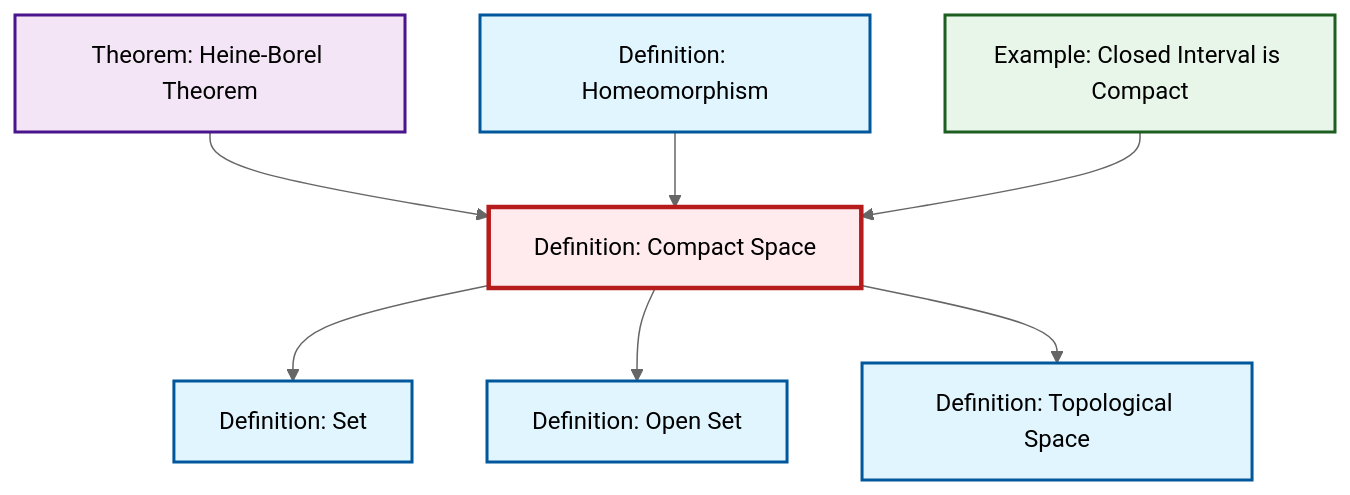
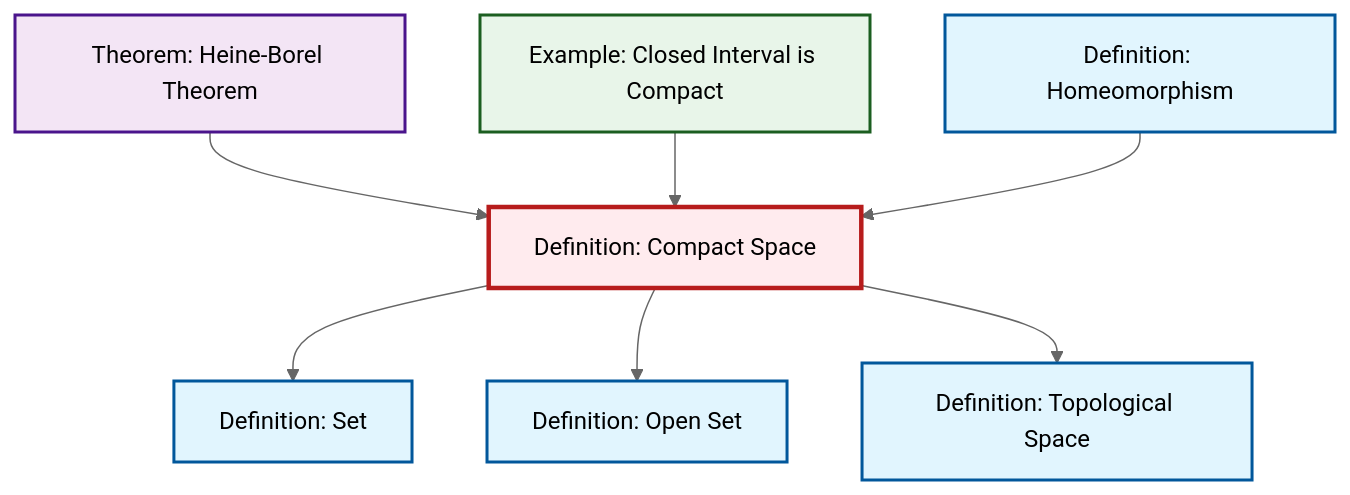
One commit to RK0429/ModernMath changed the diagram in content/ja/topology/def-compact.qmd. Above: the diagram before and after it, drawn with Mermaid (neutral theme). The commit also changed other lines of this file and 581 other files, not shown here.

````diff
--- a/content/ja/topology/def-compact.qmd
+++ b/content/ja/topology/def-compact.qmd
@@ -49,29 +49,29 @@
 ```{mermaid}
 %%| fig-cap: "Local dependency graph"
 graph TD
     classDef definition fill:#e1f5fe,stroke:#01579b,stroke-width:2px
     classDef theorem fill:#f3e5f5,stroke:#4a148c,stroke-width:2px
     classDef axiom fill:#fff3e0,stroke:#e65100,stroke-width:2px
     classDef example fill:#e8f5e9,stroke:#1b5e20,stroke-width:2px
     classDef current fill:#ffebee,stroke:#b71c1c,stroke-width:3px
+    def-compact["Definition: Compact Space"]:::definition
     thm-heine-borel["Theorem: Heine-Borel Theorem"]:::theorem
-    def-compact["Definition: Compact Space"]:::definition
     def-open-set["Definition: Open Set"]:::definition
+    ex-closed-interval-compact["Example: Closed Interval is Compact"]:::example
     def-topological-space["Definition: Topological Space"]:::definition
+    def-homeomorphism["Definition: Homeomorphism"]:::definition
     def-set["Definition: Set"]:::definition
-    def-homeomorphism["Definition: Homeomorphism"]:::definition
-    ex-closed-interval-compact["Example: Closed Interval is Compact"]:::example
+    thm-heine-borel --> def-compact
+    ex-closed-interval-compact --> def-compact
     def-compact --> def-set
     def-compact --> def-open-set
-    thm-heine-borel --> def-compact
     def-homeomorphism --> def-compact
     def-compact --> def-topological-space
-    ex-closed-interval-compact --> def-compact
     class def-compact current
     click thm-heine-borel "thm-heine-borel.html" "Theorem: Heine-Borel Theoremへ"
     click def-open-set "def-open-set.html" "Definition: Open Setへ"
+    click ex-closed-interval-compact "ex-closed-interval-compact.html" "Example: Closed Interval is Compactへ"
     click def-topological-space "def-topological-space.html" "Definition: Topological Spaceへ"
+    click def-homeomorphism "def-homeomorphism.html" "Definition: Homeomorphismへ"
     click def-set "def-set.html" "Definition: Setへ"
-    click def-homeomorphism "def-homeomorphism.html" "Definition: Homeomorphismへ"
-    click ex-closed-interval-compact "ex-closed-interval-compact.html" "Example: Closed Interval is Compactへ"
 ```
````
